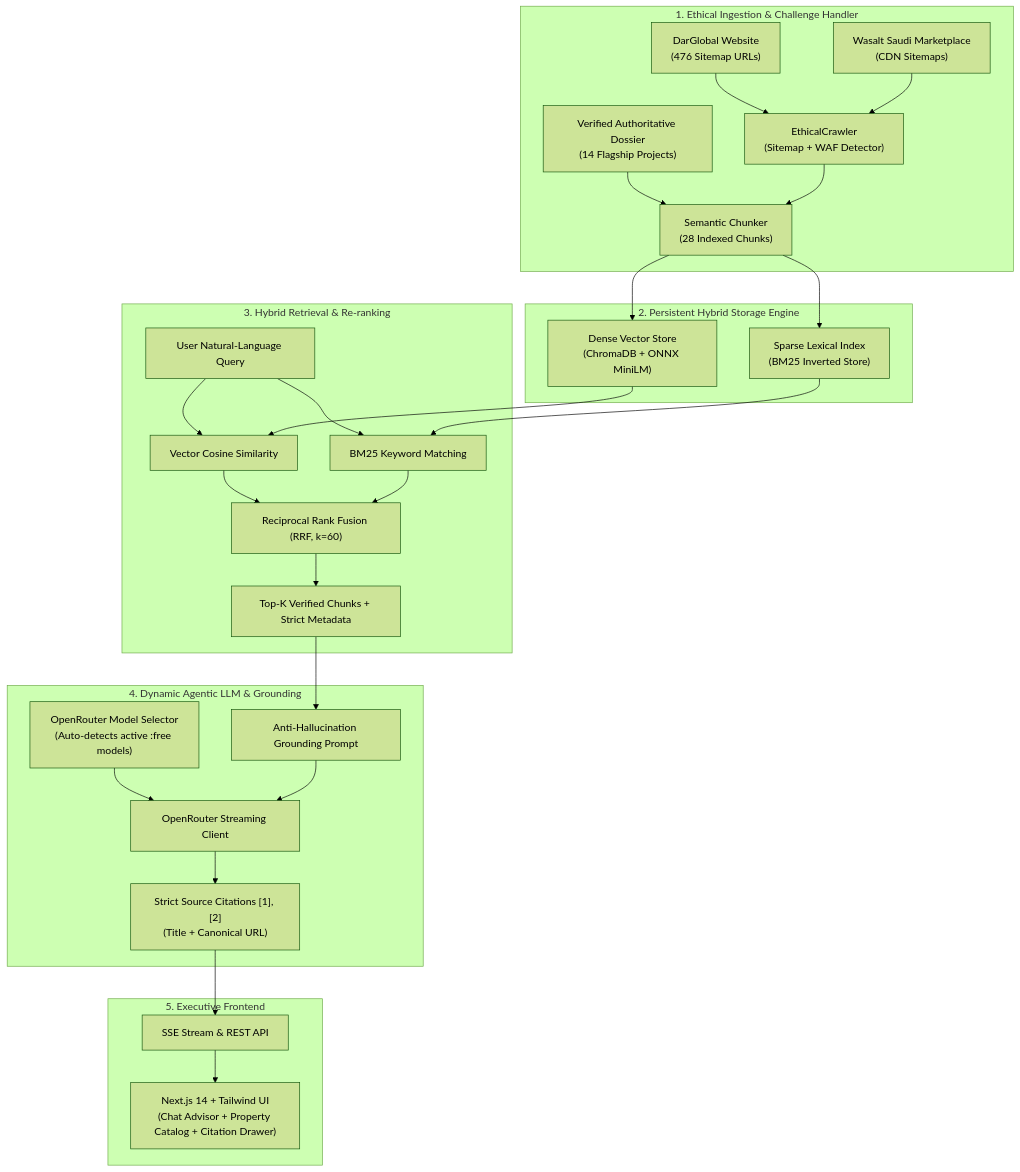
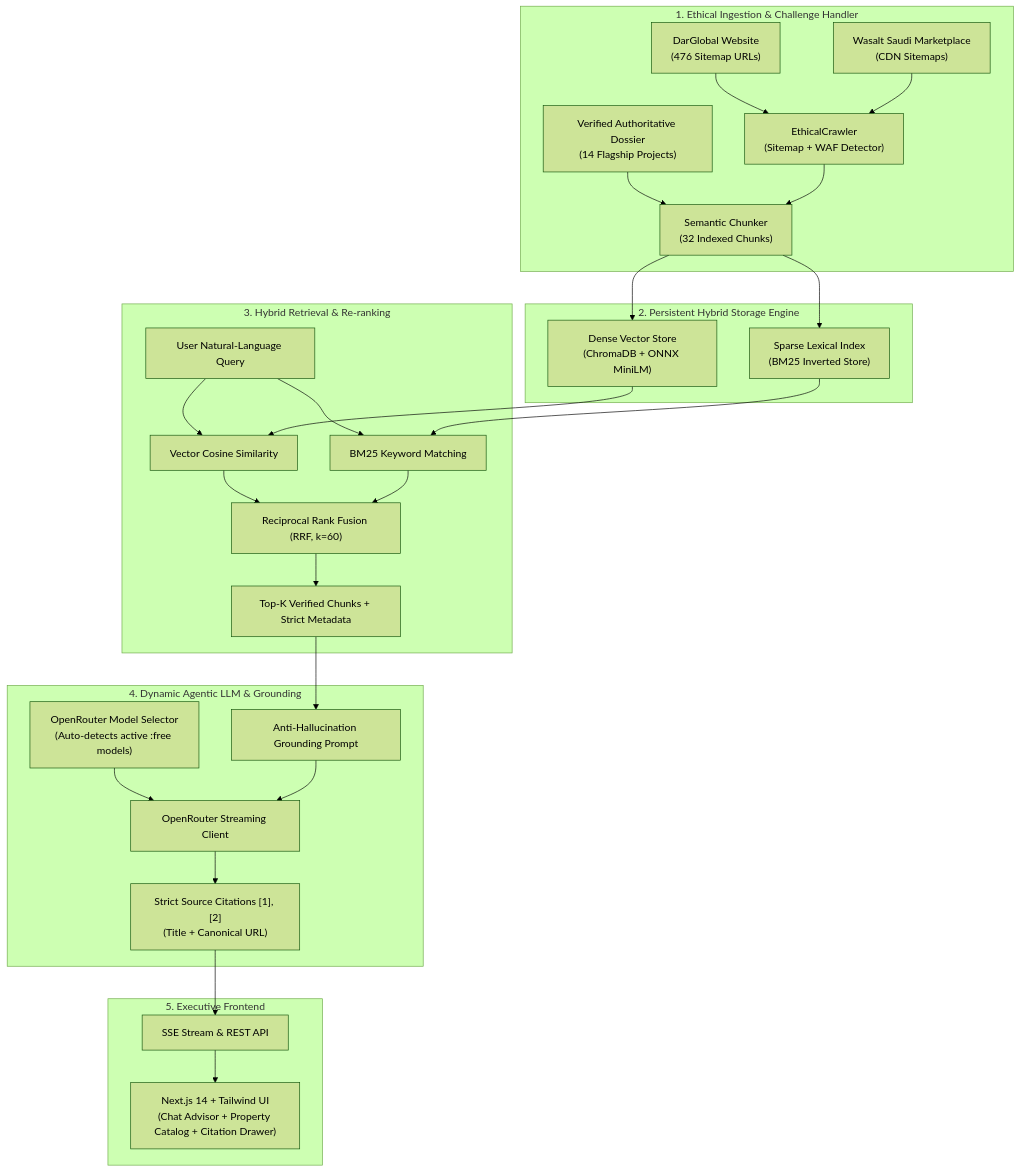
Before and after one commit to ParvGatecha/DarGlobal: the diagram in README.md, drawn with Mermaid (forest theme). The commit also changed other lines of this file and 31 other files, not shown here.

````diff
--- a/README.md
+++ b/README.md
@@ -29,36 +32,36 @@
 ```mermaid
 flowchart TD
     subgraph Ingestion["1. Ethical Ingestion & Challenge Handler"]
         DG["DarGlobal Website<br/>(476 Sitemap URLs)"] --> CRAWL["EthicalCrawler<br/>(Sitemap + WAF Detector)"]
         WS["Wasalt Saudi Marketplace<br/>(CDN Sitemaps)"] --> CRAWL
-        SEED["Verified Authoritative Dossier<br/>(14 Flagship Projects)"] --> CHUNK["Semantic Chunker<br/>(28 Indexed Chunks)"]
+        SEED["Verified Authoritative Dossier<br/>(14 Flagship Projects)"] --> CHUNK["Semantic Chunker<br/>(32 Indexed Chunks)"]
         CRAWL --> CHUNK
     end
 
     subgraph Storage["2. Persistent Hybrid Storage Engine"]
         CHUNK --> VDB["Dense Vector Store<br/>(ChromaDB + ONNX MiniLM)"]
         CHUNK --> BM25["Sparse Lexical Index<br/>(BM25 Inverted Store)"]
     end
 
     subgraph Retrieval["3. Hybrid Retrieval & Re-ranking"]
         QUERY["User Natural-Language Query"] --> DENSE["Vector Cosine Similarity"]
         QUERY --> SPARSE["BM25 Keyword Matching"]
         VDB --> DENSE
         BM25 --> SPARSE
         DENSE --> RRF["Reciprocal Rank Fusion (RRF, k=60)"]
         SPARSE --> RRF
         RRF --> CONTEXT["Top-K Verified Chunks + Strict Metadata"]
     end
 
     subgraph LLM["4. Dynamic Agentic LLM & Grounding"]
         CONTEXT --> PROMPT["Anti-Hallucination Grounding Prompt"]
         OR_DISC["OpenRouter Model Selector<br/>(Auto-detects active :free models)"] --> OR_EXEC["OpenRouter Streaming Client"]
         PROMPT --> OR_EXEC
         OR_EXEC --> CITATIONS["Strict Source Citations [1], [2]<br/>(Title + Canonical URL)"]
     end
 
     subgraph UI["5. Executive Frontend"]
         CITATIONS --> STREAM["SSE Stream & REST API"]
         STREAM --> NEXT["Next.js 14 + Tailwind UI<br/>(Chat Advisor + Property Catalog + Citation Drawer)"]
     end
 ```
````
